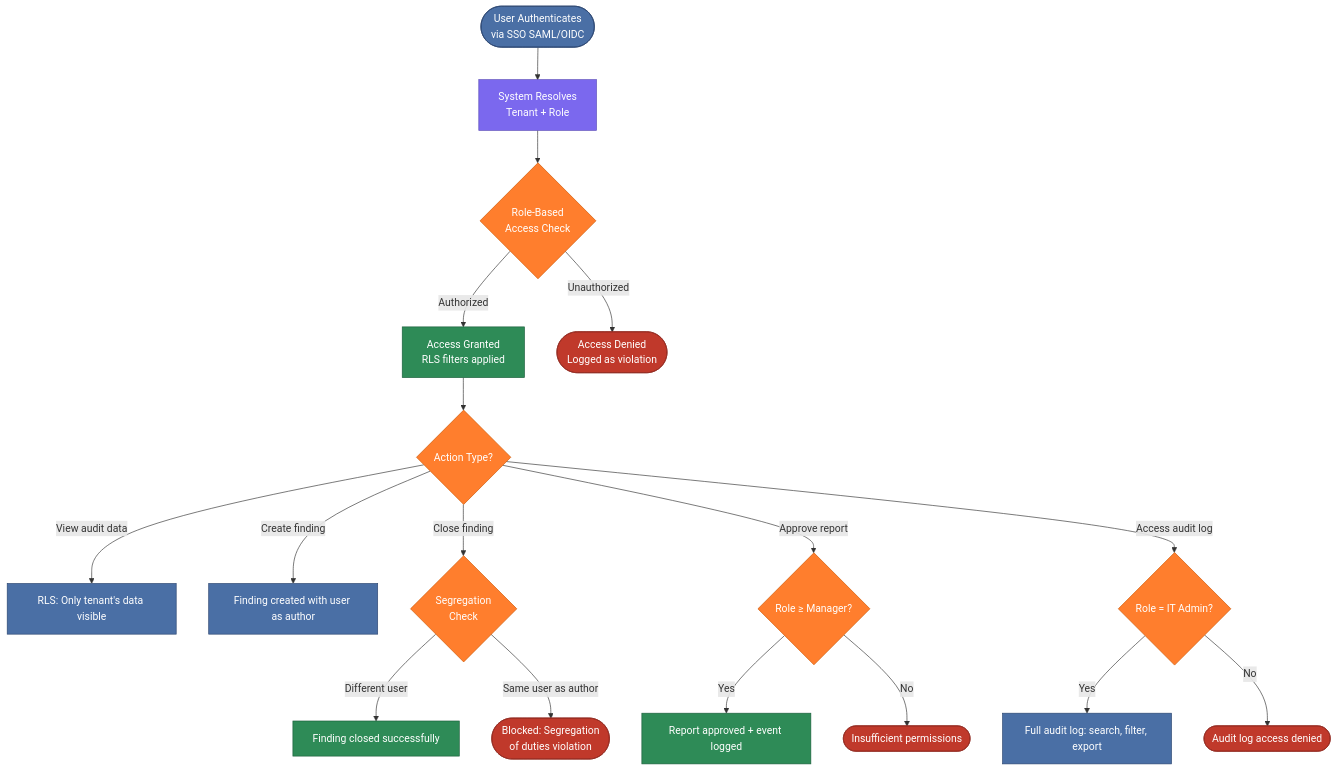
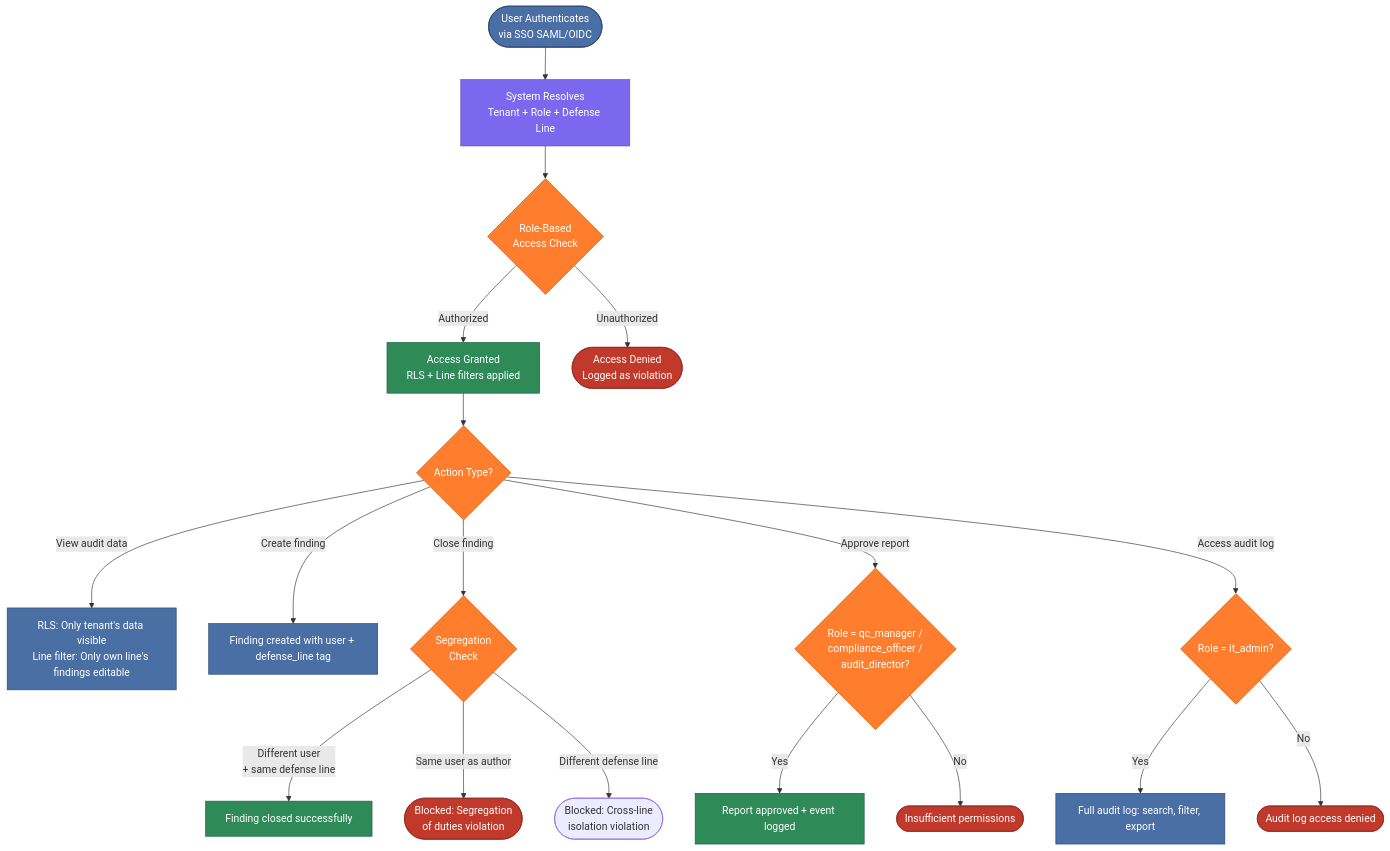
Before and after one commit to epieczko-re/audit-iq-docs: diagram 26 of 28 in src/docs/asciidoc/auditiq-product-architecture-delivery-plan/product-requirements/index.adoc, drawn with Mermaid. The commit also changed other lines of this file and 1 other file, not shown here.

```diff
--- a/src/docs/asciidoc/auditiq-product-architecture-delivery-plan/product-requirements/index.adoc
+++ b/src/docs/asciidoc/auditiq-product-architecture-delivery-plan/product-requirements/index.adoc
@@ -1819,39 +1917,40 @@
 [mermaid]
 ----
 flowchart TD
-    A([User Authenticates<br/>via SSO SAML/OIDC]) --> B[System Resolves<br/>Tenant + Role]
+    A([User Authenticates<br/>via SSO SAML/OIDC]) --> B[System Resolves<br/>Tenant + Role + Defense Line]
     B --> C{Role-Based<br/>Access Check}
-    C -->|Authorized| D[Access Granted<br/>RLS filters applied]
+    C -->|Authorized| D[Access Granted<br/>RLS + Line filters applied]
     C -->|Unauthorized| E([Access Denied<br/>Logged as violation])
 
     D --> F{Action Type?}
-    F -->|View audit data| G[RLS: Only tenant's data visible]
-    F -->|Create finding| H[Finding created with user as author]
+    F -->|View audit data| G[RLS: Only tenant's data visible<br/>Line filter: Only own line's findings editable]
+    F -->|Create finding| H[Finding created with user + defense_line tag]
     F -->|Close finding| I{Segregation<br/>Check}
-    I -->|Different user| J[Finding closed successfully]
+    I -->|Different user<br/>+ same defense line| J[Finding closed successfully]
     I -->|Same user as author| K([Blocked: Segregation<br/>of duties violation])
-    F -->|Approve report| L{Role ≥ Manager?}
+    I -->|Different defense line| K2([Blocked: Cross-line<br/>isolation violation])
+    F -->|Approve report| L{Role = qc_manager /<br/>compliance_officer /<br/>audit_director?}
     L -->|Yes| M[Report approved + event logged]
     L -->|No| N([Insufficient permissions])
-    F -->|Access audit log| O{Role = IT Admin?}
+    F -->|Access audit log| O{Role = it_admin?}
     O -->|Yes| P[Full audit log: search, filter, export]
     O -->|No| Q([Audit log access denied])
 
     style A fill:#4A6FA5,color:#fff,stroke:#2B4570
     style B fill:#7B68EE,color:#fff,stroke:#5B4CB8
     style C fill:#FF7E2D,color:#fff,stroke:#CC5500
     style D fill:#2E8B57,color:#fff,stroke:#1B5E3B
     style E fill:#C0392B,color:#fff,stroke:#922B21
     style F fill:#FF7E2D,color:#fff,stroke:#CC5500
     style G fill:#4A6FA5,color:#fff,stroke:#2B4570
     style H fill:#4A6FA5,color:#fff,stroke:#2B4570
     style I fill:#FF7E2D,color:#fff,stroke:#CC5500
     style J fill:#2E8B57,color:#fff,stroke:#1B5E3B
     style K fill:#C0392B,color:#fff,stroke:#922B21
     style L fill:#FF7E2D,color:#fff,stroke:#CC5500
     style M fill:#2E8B57,color:#fff,stroke:#1B5E3B
     style N fill:#C0392B,color:#fff,stroke:#922B21
     style O fill:#FF7E2D,color:#fff,stroke:#CC5500
     style P fill:#4A6FA5,color:#fff,stroke:#2B4570
     style Q fill:#C0392B,color:#fff,stroke:#922B21
 ----
```
